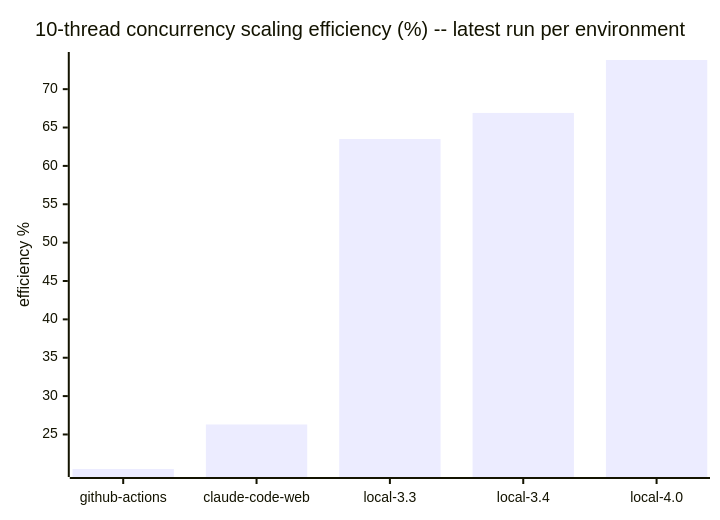
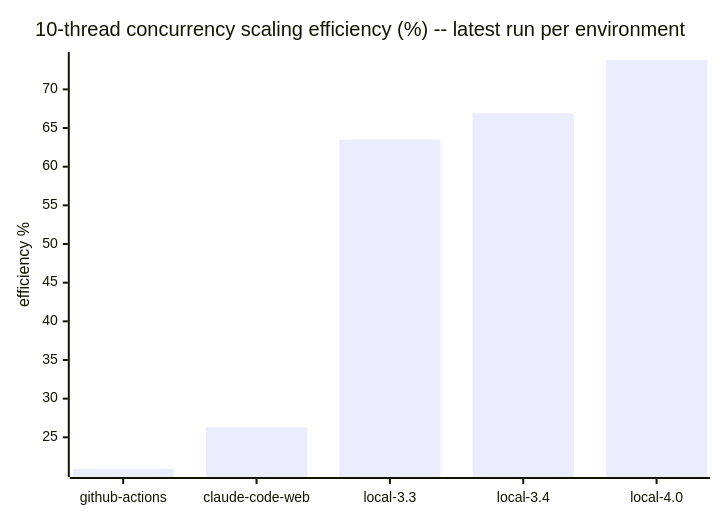
Before and after one commit to cpb/duckling: the seventh of 7 diagrams in docs/benchmarks/README.md, drawn with Mermaid. The commit also changed other lines of this file and 1 other file, not shown here.

````diff
--- a/docs/benchmarks/README.md
+++ b/docs/benchmarks/README.md
@@ -223,7 +223,7 @@
 ```mermaid
 xychart-beta
     title "10-thread concurrency scaling efficiency (%) -- latest run per environment"
     x-axis [github-actions, claude-code-web, local-3.3, local-3.4, local-4.0]
     y-axis "efficiency %"
-    bar "efficiency_pct" [20.5, 26.3, 63.5, 66.9, 73.8]
+    bar "efficiency_pct" [20.9, 26.3, 63.5, 66.9, 73.8]
 ```
````
